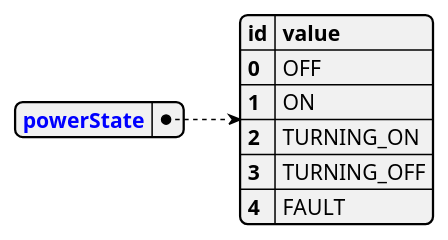
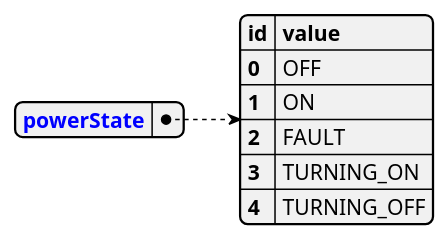
Diagram 11 of 46 in 02 CommandsAndEventsManagement/03 Events.md (lsst-ts/ts_tma_tma-documentation_pxi-controller_documentation), drawn with PlantUML before and after one commit.

Commit message:
powerEvents update
closes #2

````diff
--- a/02 CommandsAndEventsManagement/03 Events.md
+++ b/02 CommandsAndEventsManagement/03 Events.md
@@ -488,14 +488,14 @@
 ``` plantuml
 @startjson
 {
     "<color:blue><b>powerState": {
         "<b>id": "<b>value",
         "0": "OFF",
         "1": "ON",
-        "2": "TURNING_ON",
-        "3": "TURNING_OFF",
-        "4": "FAULT"
+        "2": "FAULT",
+        "3": "TURNING_ON",
+        "4": "TURNING_OFF"
     }
 }
 @endjson
 ```
````
